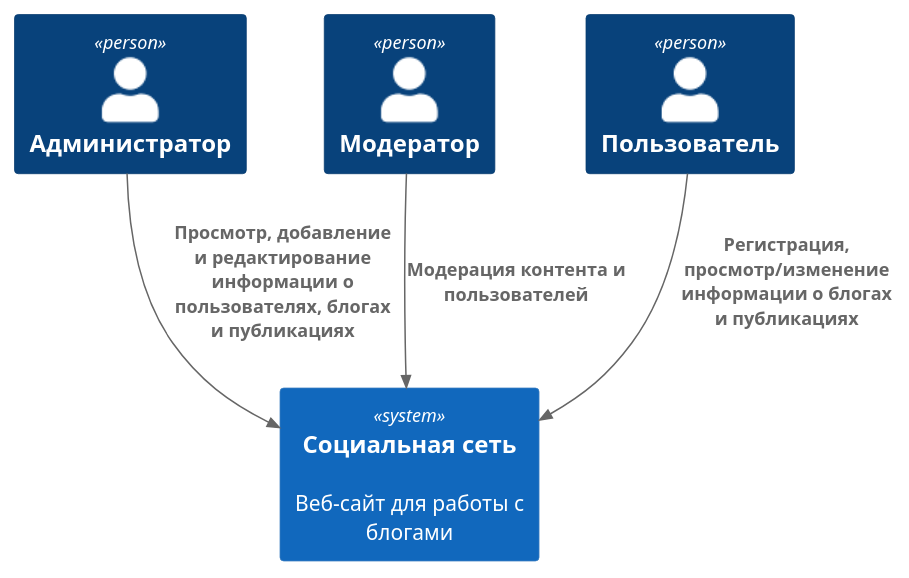
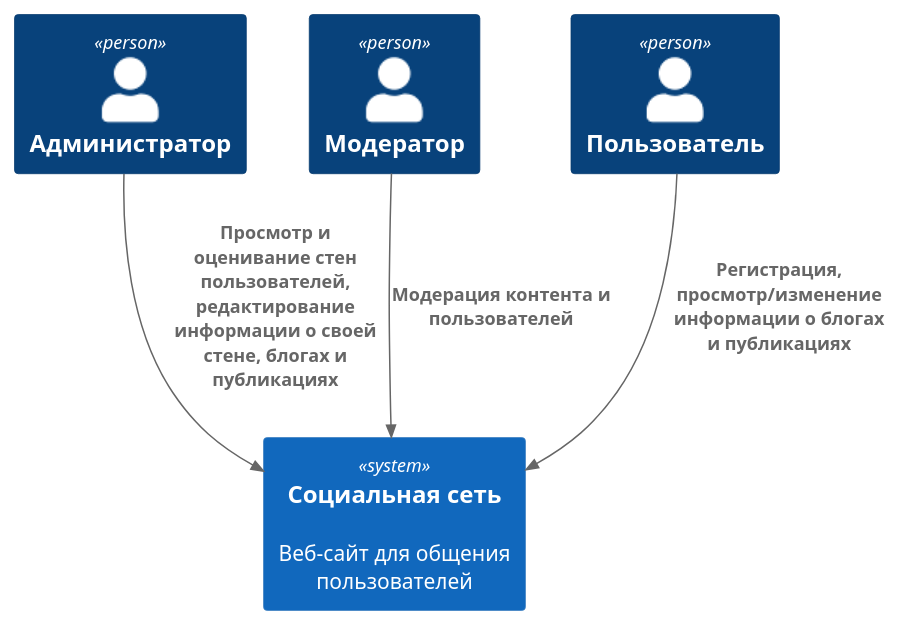
One commit to B3aRrrr/SoftwareArchitectureMAI_ChernyshevDmitry changed the diagram in context.md. Above: the diagram before and after it, drawn with PlantUML.

Commit message:
Repair context.md

````diff
--- a/context.md
+++ b/context.md
@@ -4,20 +4,20 @@
 ```plantuml
 @startuml
 !include https://raw.githubusercontent.com/plantuml-stdlib/C4-PlantUML/master/C4_Container.puml
 
 Person(admin, "Администратор")
 Person(moderator, "Модератор")
 Person(user, "Пользователь")
 
-System(conference_site, "Социальная сеть", "Веб-сайт для работы с блогами")
+System(conference_site, "Социальная сеть", "Веб-сайт для общения пользователей")
 
 
 
-Rel(admin, conference_site, "Просмотр, добавление и редактирование информации о пользователях, блогах и публикациях")
+Rel(admin, conference_site, "Просмотр и оценивание стен пользователей, редактирование информации о своей стене, блогах и публикациях")
 Rel(moderator, conference_site, "Модерация контента и пользователей")
 Rel(user, conference_site, "Регистрация, просмотр/изменение информации о блогах и публикациях")
 
 
 
 @enduml
 ```
````
